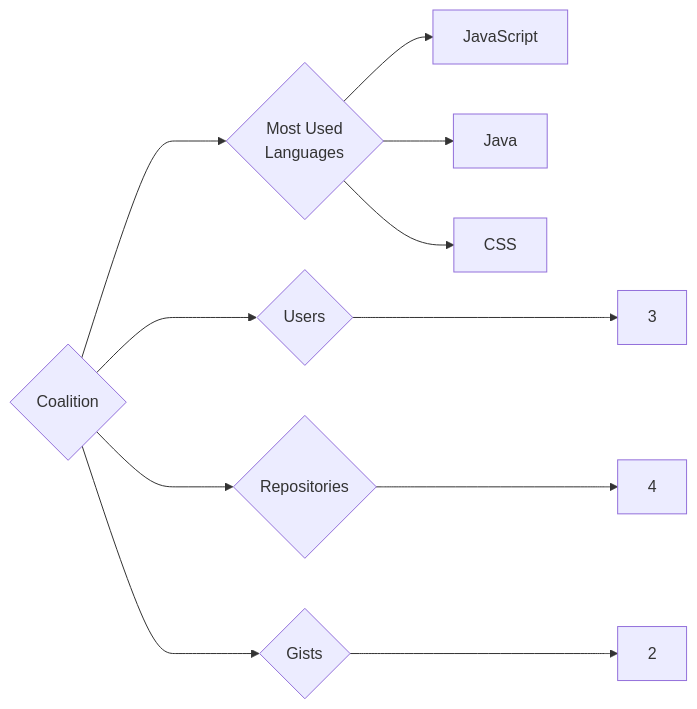
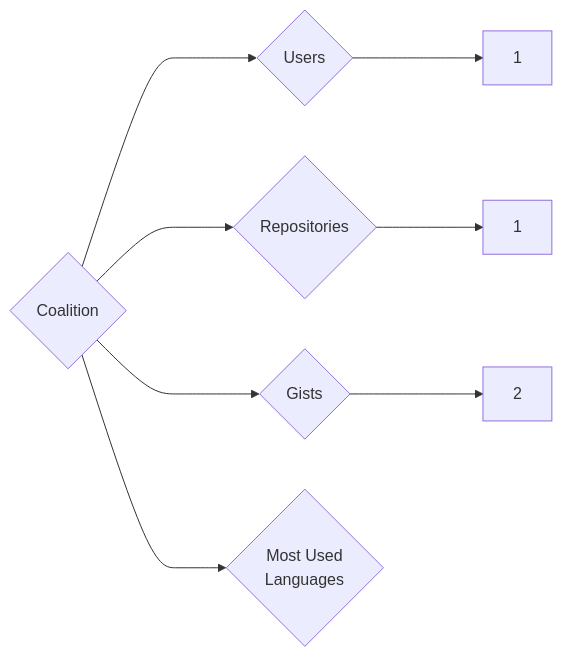
The diagram in targets/Coalition/README.md (trickest/insiders), drawn with Mermaid before and after one commit. The commit also changed 1092 other files, not shown here.

````diff
--- a/targets/Coalition/README.md
+++ b/targets/Coalition/README.md
@@ -3,11 +3,8 @@
 ```mermaid
 graph LR
 COMPANY_NAME{Coalition}
-COMPANY_NAME ---> U{Users} ---> UN[3]
-COMPANY_NAME ---> R{Repositories} ---> RN[4]
+COMPANY_NAME ---> U{Users} ---> UN[1]
+COMPANY_NAME ---> R{Repositories} ---> RN[1]
 COMPANY_NAME ---> G{Gists} ---> GN[2]
 COMPANY_NAME ---> ML{Most Used<br>Languages}
-ML --> JavaScript[JavaScript]
-ML --> Java[Java]
-ML --> CSS[CSS]
 ```
````
